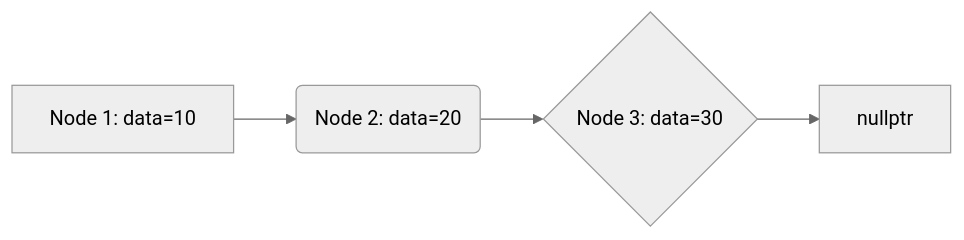
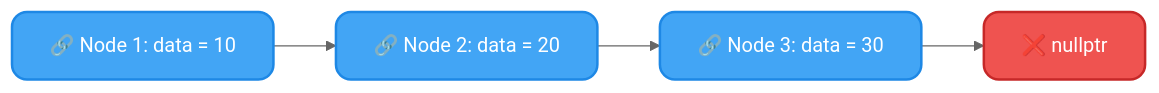
Before and after one commit to infoyouth/infoyouth.github.io: the diagram in _posts/2025-04-04-11.-c++-structures-and-unions.md, drawn with Mermaid (neutral theme). The commit also changed other lines of this file, not shown here.

Commit message:
New blogpost

````diff
--- a/_posts/2025-04-04-11.-c++-structures-and-unions.md
+++ b/_posts/2025-04-04-11.-c++-structures-and-unions.md
@@ -252,6 +252,15 @@
 ```mermaid
 graph LR
-    A[Node 1: data=10] --> B(Node 2: data=20);
-    B --> C{Node 3: data=30};
-    C --> D[nullptr];
+    A["🔗 Node 1: data = 10"] --> B["🔗 Node 2: data = 20"];
+    B --> C["🔗 Node 3: data = 30"];
+    C --> D["❌ nullptr"];
+
+    %% Class Definitions
+    classDef node fill:#42A5F5,stroke:#1E88E5,color:#fff,stroke-width:2px,rx:12px;
+    classDef null fill:#EF5350,stroke:#C62828,color:#fff,stroke-width:2px,rx:12px;
+
+    %% Apply Classes
+    class A,B,C node;
+    class D null;
+
 ```
````
